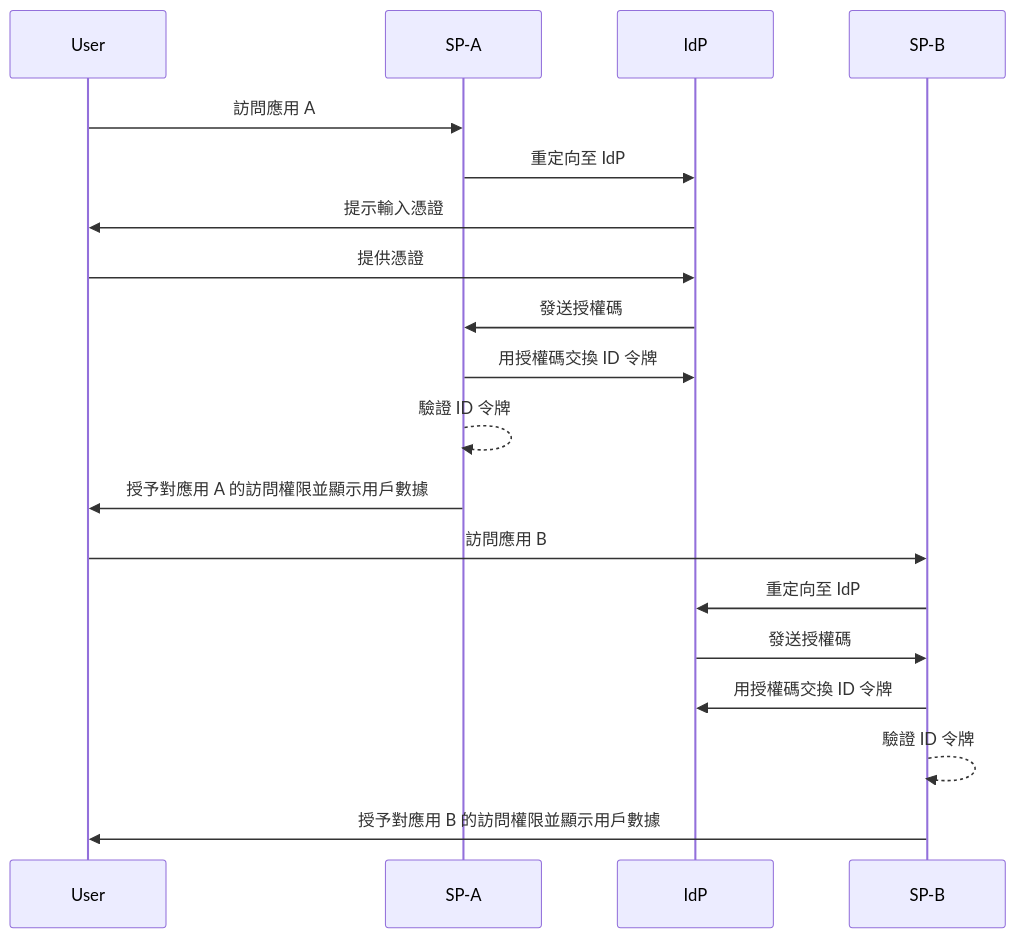
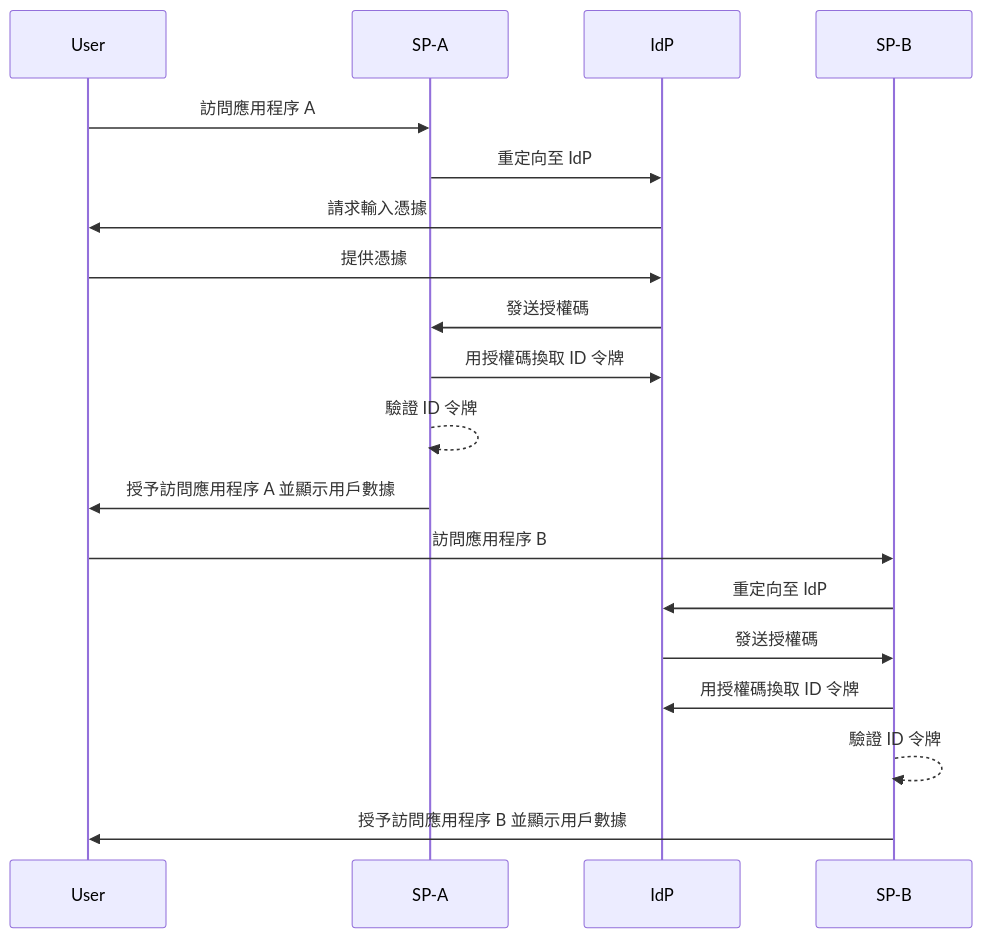
One commit to logto-io/auth-wiki changed the second of 2 diagrams in src/content/terms/zh-Hant/single-sign-on.mdx. Above: the diagram before and after it, drawn with Mermaid. The commit also changed other lines of this file and 48 other files, not shown here.

````diff
--- a/src/content/terms/zh-Hant/single-sign-on.mdx
+++ b/src/content/terms/zh-Hant/single-sign-on.mdx
@@ -54,22 +54,22 @@
 ```mermaid
 sequenceDiagram
     participant User
     participant SP-A
     participant IdP
     participant SP-B
 
-    User->>SP-A: 訪問應用 A
+    User->>SP-A: 訪問應用程序 A
     SP-A->>IdP: 重定向至 IdP
-    IdP->>User: 提示輸入憑證
-    User->>IdP: 提供憑證
+    IdP->>User: 請求輸入憑據
+    User->>IdP: 提供憑據
     IdP->>SP-A: 發送授權碼
-    SP-A->>IdP: 用授權碼交換 ID 令牌
+    SP-A->>IdP: 用授權碼換取 ID 令牌
     SP-A-->>SP-A: 驗證 ID 令牌
-    SP-A->>User: 授予對應用 A 的訪問權限並顯示用戶數據
-    User->>SP-B: 訪問應用 B
+    SP-A->>User: 授予訪問應用程序 A 並顯示用戶數據
+    User->>SP-B: 訪問應用程序 B
     SP-B->>IdP: 重定向至 IdP
     IdP->>SP-B: 發送授權碼
-    SP-B->>IdP: 用授權碼交換 ID 令牌
+    SP-B->>IdP: 用授權碼換取 ID 令牌
     SP-B-->>SP-B: 驗證 ID 令牌
-    SP-B->>User: 授予對應用 B 的訪問權限並顯示用戶數據
+    SP-B->>User: 授予訪問應用程序 B 並顯示用戶數據
 ```
````
